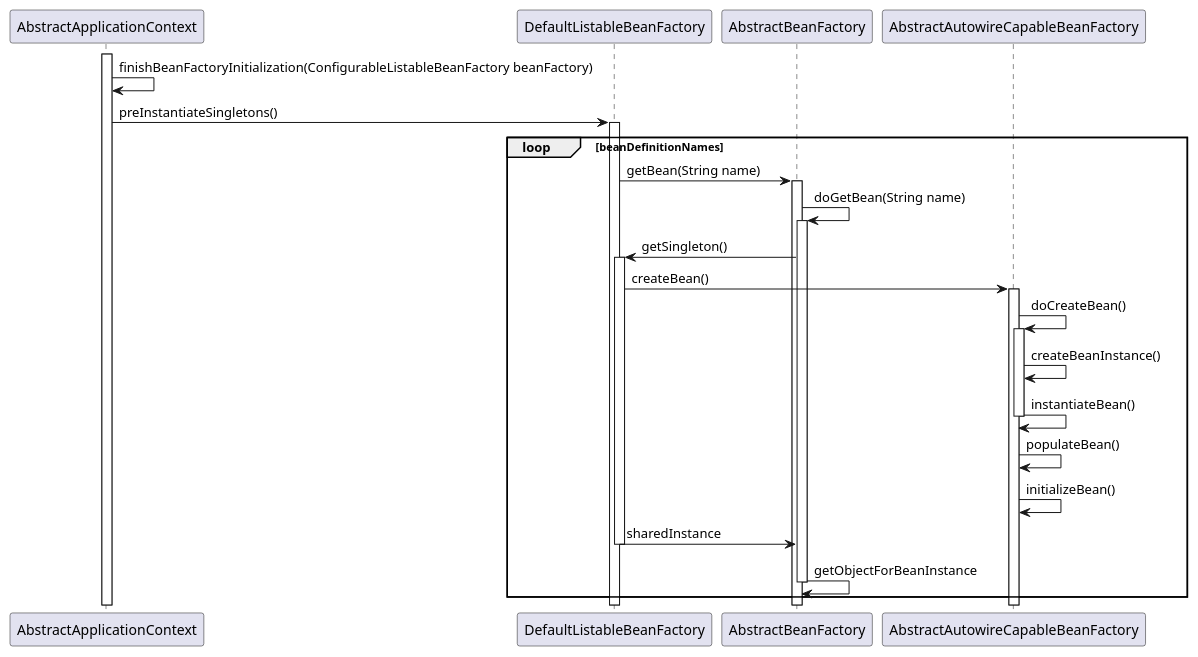
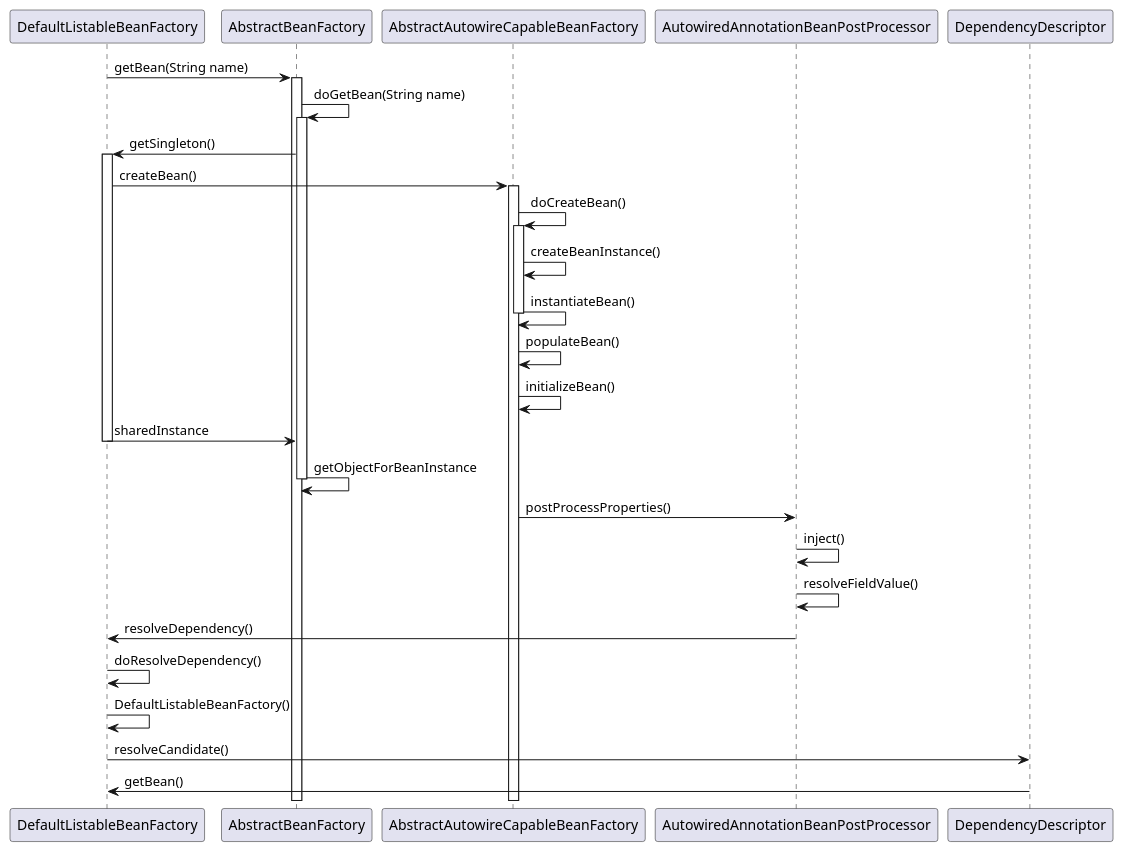
The diagram in doc/a.puml (Cyrus414/spring-framework), drawn with PlantUML before and after one commit. The commit also changed 2 other files, not shown here.

Commit message:
early singleton exposure

```diff
--- a/doc/a.puml
+++ b/doc/a.puml
@@ -1,33 +1,36 @@
 @startuml
-activate AbstractApplicationContext
-AbstractApplicationContext -> AbstractApplicationContext: finishBeanFactoryInitialization(ConfigurableListableBeanFactory beanFactory)
-AbstractApplicationContext -> DefaultListableBeanFactory: preInstantiateSingletons()
-activate DefaultListableBeanFactory
 
-    loop beanDefinitionNames
-        DefaultListableBeanFactory -> AbstractBeanFactory: getBean(String name)
-        activate AbstractBeanFactory
+DefaultListableBeanFactory -> AbstractBeanFactory: getBean(String name)
+activate AbstractBeanFactory
 
-            AbstractBeanFactory -> AbstractBeanFactory: doGetBean(String name)
-            activate AbstractBeanFactory
+    AbstractBeanFactory -> AbstractBeanFactory: doGetBean(String name)
+    activate AbstractBeanFactory
 
-            AbstractBeanFactory -> DefaultListableBeanFactory: getSingleton()
-            activate DefaultListableBeanFactory
-                DefaultListableBeanFactory -> AbstractAutowireCapableBeanFactory: createBean()
-                activate AbstractAutowireCapableBeanFactory
-                    AbstractAutowireCapableBeanFactory -> AbstractAutowireCapableBeanFactory: doCreateBean()
-                    activate AbstractAutowireCapableBeanFactory
-                        AbstractAutowireCapableBeanFactory -> AbstractAutowireCapableBeanFactory: createBeanInstance()
-                        AbstractAutowireCapableBeanFactory -> AbstractAutowireCapableBeanFactory: instantiateBean()
-                    deactivate AbstractAutowireCapableBeanFactory
-                    AbstractAutowireCapableBeanFactory -> AbstractAutowireCapableBeanFactory: populateBean()
-                    AbstractAutowireCapableBeanFactory -> AbstractAutowireCapableBeanFactory: initializeBean()
+    AbstractBeanFactory -> DefaultListableBeanFactory: getSingleton()
+    activate DefaultListableBeanFactory
+        DefaultListableBeanFactory -> AbstractAutowireCapableBeanFactory: createBean()
+        activate AbstractAutowireCapableBeanFactory
+            AbstractAutowireCapableBeanFactory -> AbstractAutowireCapableBeanFactory: doCreateBean()
+            activate AbstractAutowireCapableBeanFactory
+                AbstractAutowireCapableBeanFactory -> AbstractAutowireCapableBeanFactory: createBeanInstance()
+                AbstractAutowireCapableBeanFactory -> AbstractAutowireCapableBeanFactory: instantiateBean()
+            deactivate AbstractAutowireCapableBeanFactory
+            AbstractAutowireCapableBeanFactory -> AbstractAutowireCapableBeanFactory: populateBean()
+            AbstractAutowireCapableBeanFactory -> AbstractAutowireCapableBeanFactory: initializeBean()
 
+        DefaultListableBeanFactory -> AbstractBeanFactory: sharedInstance
+    deactivate DefaultListableBeanFactory
 
-                DefaultListableBeanFactory -> AbstractBeanFactory: sharedInstance
-            deactivate DefaultListableBeanFactory
+    AbstractBeanFactory -> AbstractBeanFactory: getObjectForBeanInstance
+deactivate AbstractBeanFactory
 
-            AbstractBeanFactory -> AbstractBeanFactory: getObjectForBeanInstance
-        deactivate AbstractBeanFactory
-    end
+AbstractAutowireCapableBeanFactory -> AutowiredAnnotationBeanPostProcessor: postProcessProperties()
+AutowiredAnnotationBeanPostProcessor -> AutowiredAnnotationBeanPostProcessor : inject()
+AutowiredAnnotationBeanPostProcessor -> AutowiredAnnotationBeanPostProcessor: resolveFieldValue()
+AutowiredAnnotationBeanPostProcessor -> DefaultListableBeanFactory: resolveDependency()
+DefaultListableBeanFactory -> DefaultListableBeanFactory: doResolveDependency()
+DefaultListableBeanFactory -> DefaultListableBeanFactory: DefaultListableBeanFactory()
+DefaultListableBeanFactory -> DependencyDescriptor: resolveCandidate()
+DependencyDescriptor -> DefaultListableBeanFactory: getBean()
+
 @enduml
```
